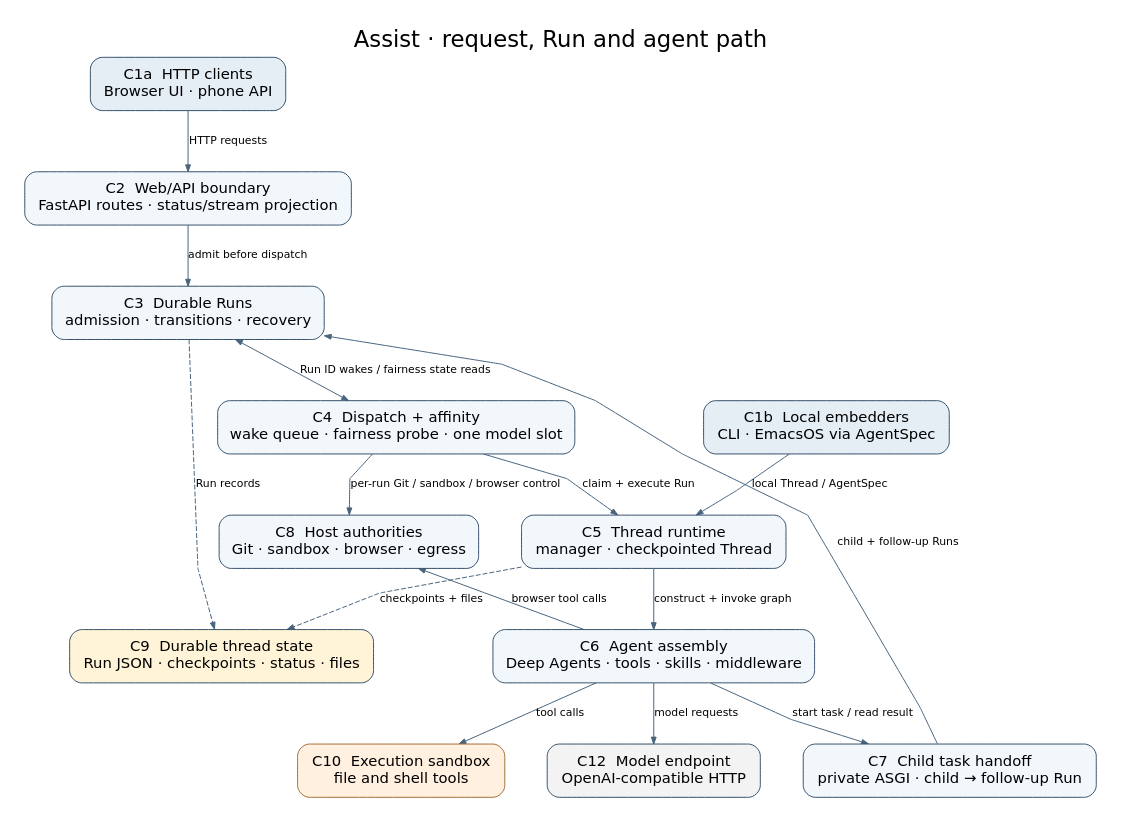
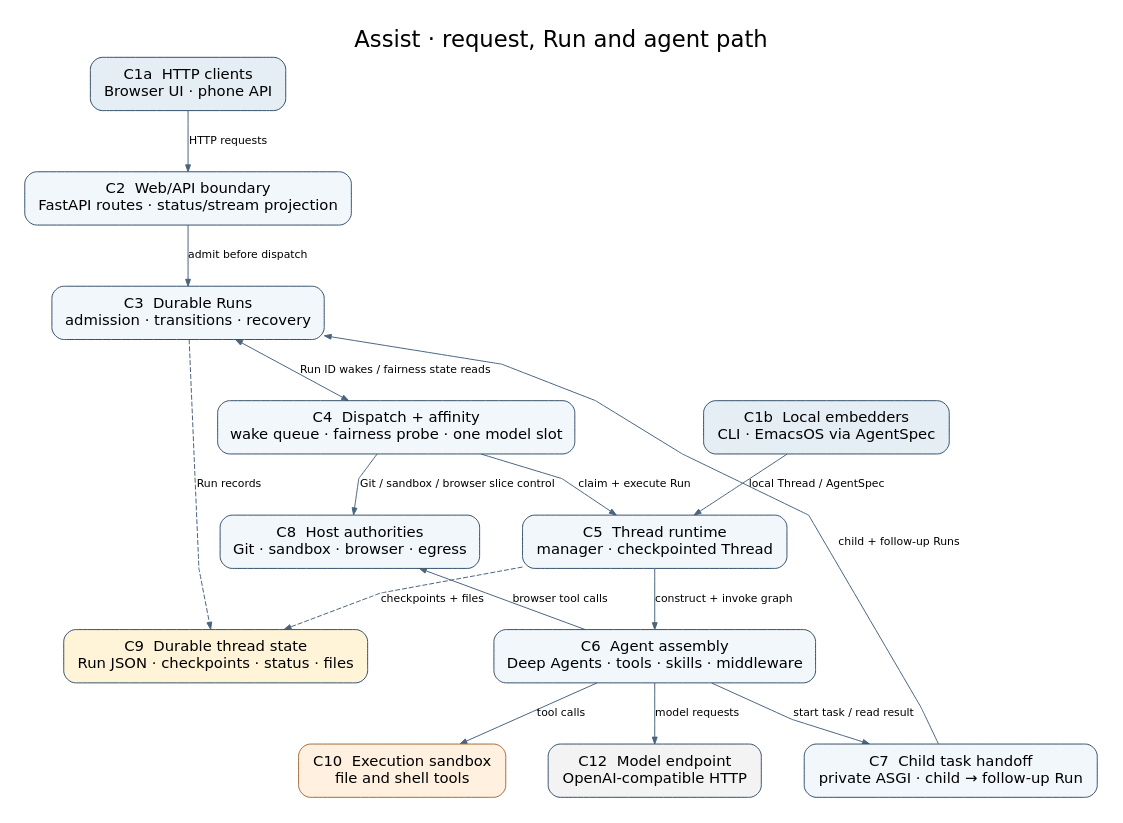
One commit to pierrel/assist changed the diagram in docs/architecture.dot. Above: the diagram before and after it, drawn with Graphviz. The commit also changed 18 other files, not shown here.

```diff
--- a/docs/architecture.dot
+++ b/docs/architecture.dot
@@ -1,44 +1,44 @@
 digraph Assist {
   graph [label="Assist · request, Run and agent path", labelloc=t,
          fontname="DejaVu Sans", fontsize=23, bgcolor="white",
          rankdir=TB, pad=0.25, nodesep=0.6, ranksep=0.68,
          splines=polyline, outputorder=edgesfirst];
   node [shape=box, style="rounded,filled", color="#34506a",
         fillcolor="#f2f7fc", fontname="DejaVu Sans", fontsize=15,
         margin="0.19,0.14"];
   edge [fontname="DejaVu Sans", fontsize=11, color="#49647d",
         arrowsize=0.7];
 
   C1a [label="C1a  HTTP clients\nBrowser UI · phone API",
        fillcolor="#e5edf5"];
   C1b [label="C1b  Local embedders\nCLI · EmacsOS via AgentSpec",
        fillcolor="#e5edf5"];
   C2 [label="C2  Web/API boundary\nFastAPI routes · status/stream projection"];
   C3 [label="C3  Durable Runs\nadmission · transitions · recovery"];
   C4 [label="C4  Dispatch + affinity\nwake queue · fairness probe · one model slot"];
   C5 [label="C5  Thread runtime\nmanager · checkpointed Thread"];
   C6 [label="C6  Agent assembly\nDeep Agents · tools · skills · middleware"];
   C7 [label="C7  Child task handoff\nprivate ASGI · child → follow-up Run"];
   C8 [label="C8  Host authorities\nGit · sandbox · browser · egress"];
   C9 [label="C9  Durable thread state\nRun JSON · checkpoints · status · files",
       fillcolor="#fff4d7"];
   C10 [label="C10  Execution sandbox\nfile and shell tools", fillcolor="#fff0df",
        color="#a46b36"];
   C12 [label="C12  Model endpoint\nOpenAI-compatible HTTP",
        fillcolor="#f3f3f3"];
 
   C1a -> C2 [label="HTTP requests"];
   C2 -> C3 [label="admit before dispatch"];
   C3 -> C4 [label="Run ID wakes / fairness state reads", dir=both];
   C4 -> C5 [label="claim + execute Run"];
   C1b -> C5 [label="local Thread / AgentSpec"];
   C5 -> C6 [label="construct + invoke graph"];
   C6 -> C7 [label="start task / read result"];
   C7 -> C3 [label="child + follow-up Runs", constraint=false];
-  C4 -> C8 [label="per-run Git / sandbox / browser control"];
+  C4 -> C8 [label="Git / sandbox / browser slice control"];
   C6 -> C8 [label="browser tool calls", constraint=false];
   C3 -> C9 [label="Run records", style=dashed];
   C5 -> C9 [label="checkpoints + files", style=dashed];
   C6 -> C10 [label="tool calls"];
   C6 -> C12 [label="model requests"];
 }
```
